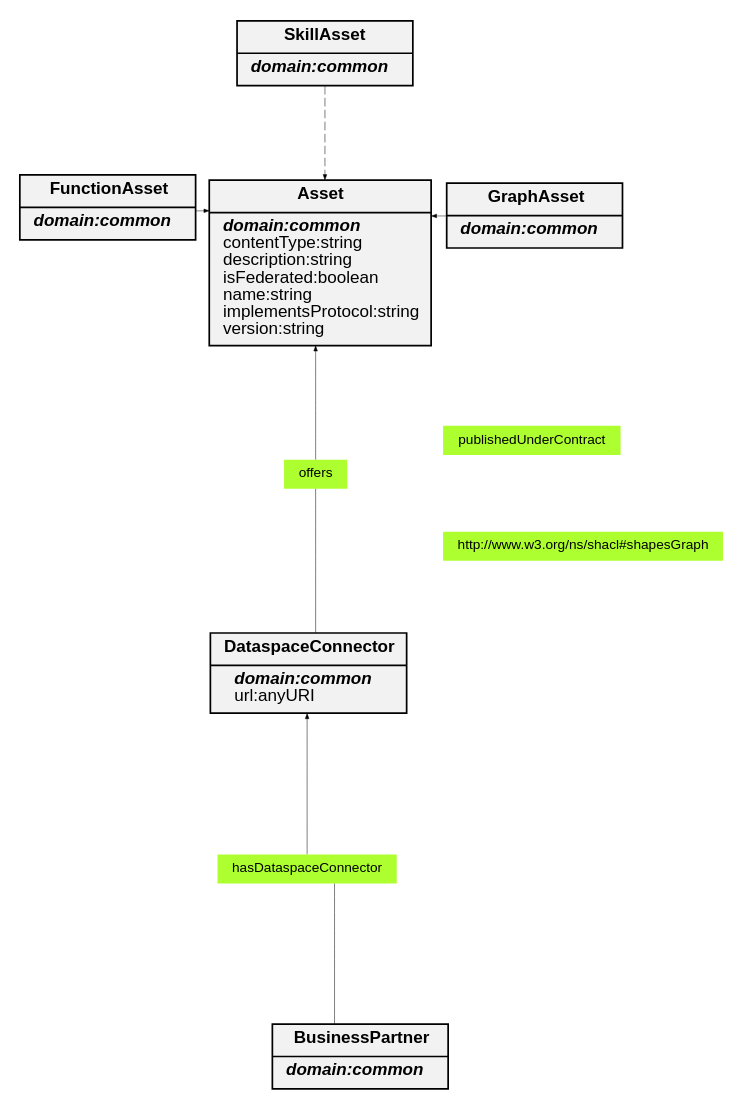
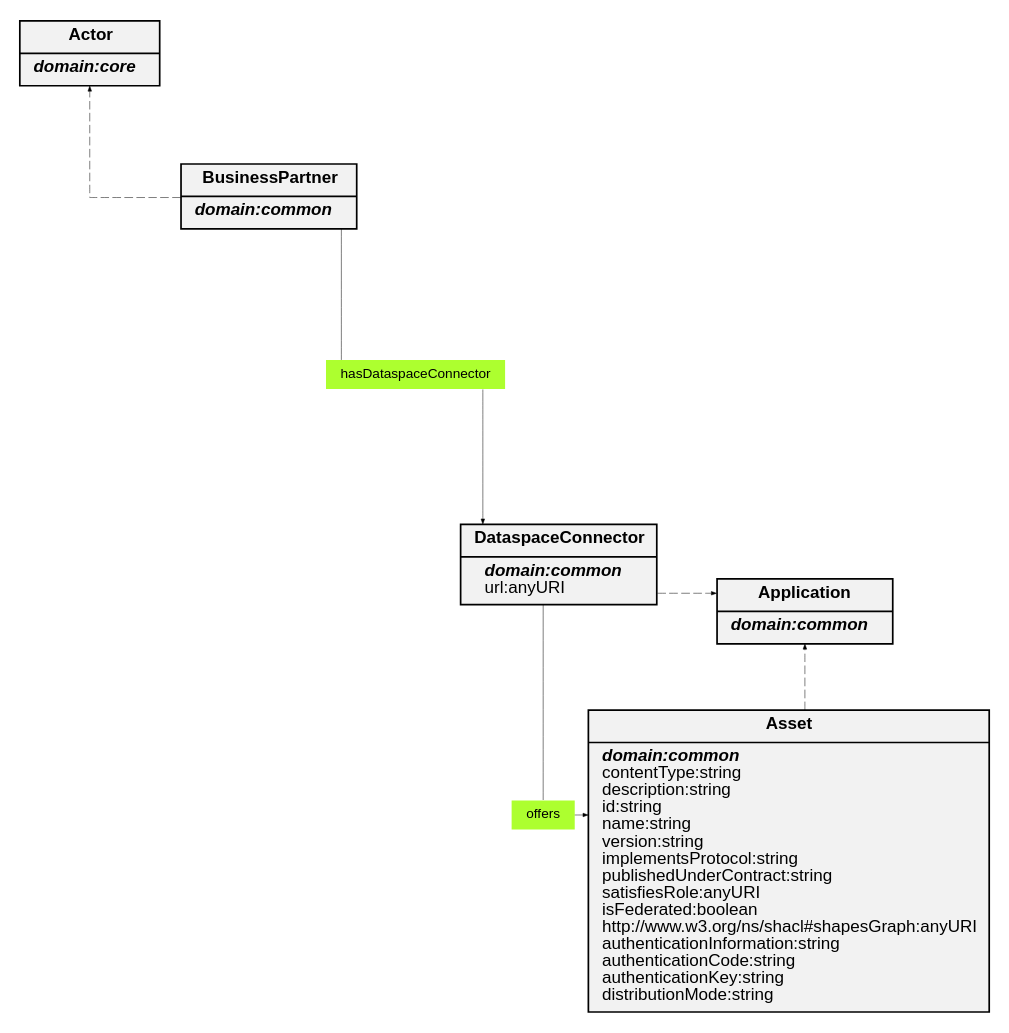
Before and after one commit to eclipse-tractusx/sldt-ontology-model: the diagram in docs/images/common_ontology.gv, drawn with Graphviz. The commit also changed 10 other files, not shown here.

```diff
--- a/docs/images/common_ontology.gv
+++ b/docs/images/common_ontology.gv
@@ -1,22 +1,19 @@
 digraph common_ontology {
 	graph [fontname="Helvetica,Arial,sans-serif" fontsize=10 layout=neato overlap=scalexy splines=ortho]
 	node [fillcolor=gray95 fontname="Helvetica,Arial,sans-serif" fontsize=10 shape=record]
 	edge [arrowsize=0.3 fontname="Helvetica,Arial,sans-serif" fontsize=10 penwidth=0.3]
-	Asset [label=<{<b>Asset</b> | <i><b> domain:common</b></i> <br align="left"/>contentType:string<br align="left"/>description:string<br align="left"/>isFederated:boolean<br align="left"/>name:string<br align="left"/>implementsProtocol:string<br align="left"/>version:string<br align="left"/>}> style=filled]
+	Actor [label=<{<b>Actor</b> | <i><b> domain:core</b></i> <br align="left"/>}> style=filled]
+	Application [label=<{<b>Application</b> | <i><b> domain:common</b></i> <br align="left"/>}> style=filled]
+	Asset [label=<{<b>Asset</b> | <i><b> domain:common</b></i> <br align="left"/>contentType:string<br align="left"/>description:string<br align="left"/>id:string<br align="left"/>name:string<br align="left"/>version:string<br align="left"/>implementsProtocol:string<br align="left"/>publishedUnderContract:string<br align="left"/>satisfiesRole:anyURI<br align="left"/>isFederated:boolean<br align="left"/>http://www.w3.org/ns/shacl#shapesGraph:anyURI<br align="left"/>authenticationInformation:string<br align="left"/>authenticationCode:string<br align="left"/>authenticationKey:string<br align="left"/>distributionMode:string<br align="left"/>}> style=filled]
 	BusinessPartner [label=<{<b>BusinessPartner</b> | <i><b> domain:common</b></i> <br align="left"/>}> style=filled]
 	DataspaceConnector [label=<{<b>DataspaceConnector</b> | <i><b> domain:common</b></i> <br align="left"/>url:anyURI<br align="left"/>}> style=filled]
-	FunctionAsset [label=<{<b>FunctionAsset</b> | <i><b> domain:common</b></i> <br align="left"/>}> style=filled]
-	GraphAsset [label=<{<b>GraphAsset</b> | <i><b> domain:common</b></i> <br align="left"/>}> style=filled]
-	SkillAsset [label=<{<b>SkillAsset</b> | <i><b> domain:common</b></i> <br align="left"/>}> style=filled]
 	hasDataspaceConnector [label=hasDataspaceConnector fillcolor=greenyellow fontsize=8 height=0 shape=plaintext style=filled width=0]
 	offers [label=offers fillcolor=greenyellow fontsize=8 height=0 shape=plaintext style=filled width=0]
-	publishedUnderContract [label=publishedUnderContract fillcolor=greenyellow fontsize=8 height=0 shape=plaintext style=filled width=0]
-	"http://www.w3.org/ns/shacl#shapesGraph" [label="http://www.w3.org/ns/shacl#shapesGraph" fillcolor=greenyellow fontsize=8 height=0 shape=plaintext style=filled width=0]
 	BusinessPartner -> hasDataspaceConnector [arrowhead=none]
 	hasDataspaceConnector -> DataspaceConnector
 	DataspaceConnector -> offers [arrowhead=none]
 	offers -> Asset
-	FunctionAsset -> Asset [style=dashed]
-	GraphAsset -> Asset [style=dashed]
-	SkillAsset -> Asset [style=dashed]
+	Asset -> Application [style=dashed]
+	DataspaceConnector -> Application [style=dashed]
+	BusinessPartner -> Actor [style=dashed]
 }
```
